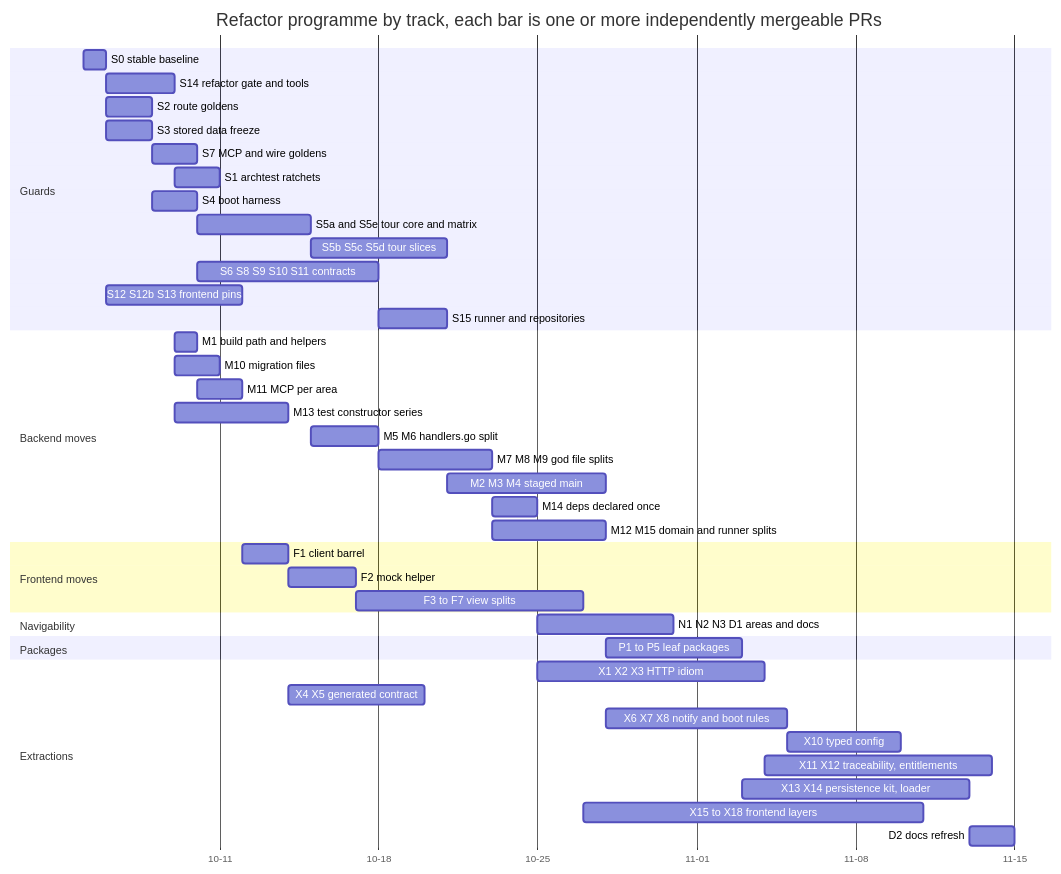
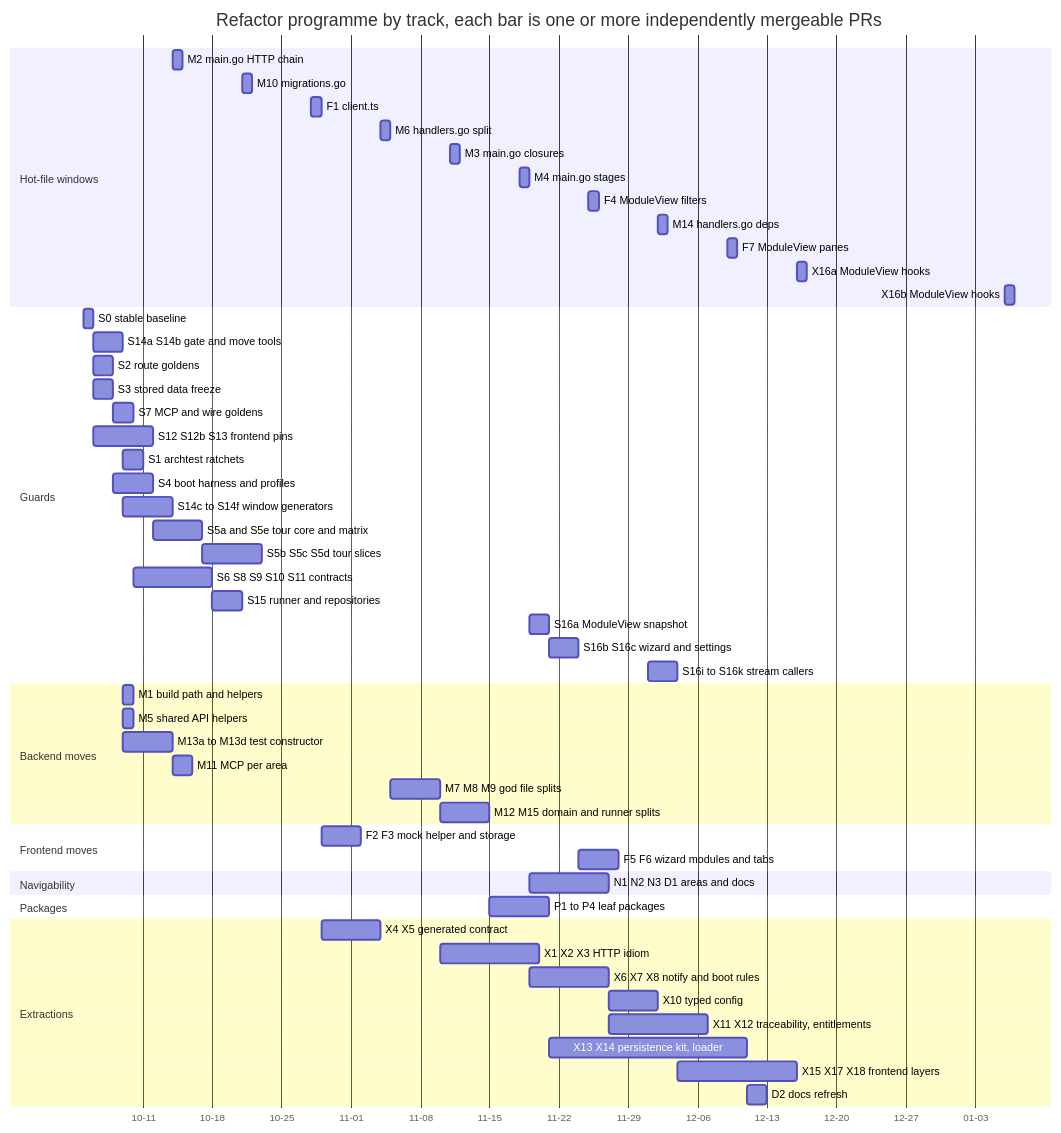
Before and after one commit to desktopmachineshop/OpenV: the sixth of 6 diagrams in docs/plans/codebase-refactor.md, drawn with Mermaid. The commit also changed other lines of this file and 6 other files, not shown here.

````diff
--- a/docs/plans/codebase-refactor.md
+++ b/docs/plans/codebase-refactor.md
@@ -540,46 +585,58 @@
 ```mermaid
 gantt
   title Refactor programme by track, each bar is one or more independently mergeable PRs
   dateFormat YYYY-MM-DD
   axisFormat %m-%d
+  section Hot-file windows
+  M2 main.go HTTP chain              :w1, 2026-10-14, 1d
+  M10 migrations.go                  :w2, 2026-10-21, 1d
+  F1 client.ts                       :w3, 2026-10-28, 1d
+  M6 handlers.go split               :w4, 2026-11-04, 1d
+  M3 main.go closures                :w5, 2026-11-11, 1d
+  M4 main.go stages                  :w6, 2026-11-18, 1d
+  F4 ModuleView filters              :w7, 2026-11-25, 1d
+  M14 handlers.go deps               :w8, 2026-12-02, 1d
+  F7 ModuleView panes                :w9, 2026-12-09, 1d
+  X16a ModuleView hooks              :w10, 2026-12-16, 1d
+  X16b ModuleView hooks              :w11, 2027-01-06, 1d
   section Guards
   S0 stable baseline                 :s0, 2026-10-05, 1d
-  S14 refactor gate and tools        :s14, after s0, 3d
+  S14a S14b gate and move tools      :s14, after s0, 3d
   S2 route goldens                   :s2, after s0, 2d
   S3 stored data freeze              :s3, after s0, 2d
   S7 MCP and wire goldens            :s7, after s3, 2d
+  S12 S12b S13 frontend pins         :s12, after s0, 6d
   S1 archtest ratchets               :s1, after s14, 2d
-  S4 boot harness                    :s4, after s2, 2d
+  S4 boot harness and profiles       :s4, after s2, 4d
+  S14c to S14f window generators     :s14g, after s14, 5d
   S5a and S5e tour core and matrix   :s5a, after s4, 5d
   S5b S5c S5d tour slices            :s5b, after s5a, 6d
   S6 S8 S9 S10 S11 contracts         :s6, after s7, 8d
-  S12 S12b S13 frontend pins         :s12, after s0, 6d
   S15 runner and repositories        :s15, after s6, 3d
+  S16a ModuleView snapshot           :s16a, 2026-11-19, 2d
+  S16b S16c wizard and settings      :s16b, after s16a, 3d
+  S16i to S16k stream callers        :s16i, 2026-12-01, 3d
   section Backend moves
   M1 build path and helpers          :m1, after s14, 1d
-  M10 migration files                :m10, after s14, 2d
-  M11 MCP per area                   :m11, after s7, 2d
-  M13 test constructor series        :m13, after s14, 5d
-  M5 M6 handlers.go split            :m6, after s5a, 3d
-  M7 M8 M9 god file splits           :m7, after m6, 5d
-  M2 M3 M4 staged main               :m4, after s5b, 7d
-  M14 deps declared once             :m14, after m7, 2d
+  M5 shared API helpers              :m5, after s14, 1d
+  M13a to M13d test constructor      :m13, after s14, 5d
+  M11 MCP per area                   :m11, after s14g, 2d
+  M7 M8 M9 god file splits           :m7, 2026-11-05, 5d
   M12 M15 domain and runner splits   :m12, after m7, 5d
   section Frontend moves
-  F1 client barrel                   :f1, after s12, 2d
-  F2 mock helper                     :f2, after f1, 3d
-  F3 to F7 view splits               :f3, after f2, 10d
+  F2 F3 mock helper and storage      :f2, 2026-10-29, 4d
+  F5 F6 wizard modules and tabs      :f5, after s16b, 4d
   section Navigability
-  N1 N2 N3 D1 areas and docs         :n1, after m14, 6d
+  N1 N2 N3 D1 areas and docs         :n1, 2026-11-19, 8d
   section Packages
-  P1 to P5 leaf packages             :p1, after m12, 6d
+  P1 to P4 leaf packages             :p1, after m12, 6d
   section Extractions
-  X1 X2 X3 HTTP idiom                :x1, after m14, 10d
-  X4 X5 generated contract           :x4, after f1, 6d
-  X6 X7 X8 notify and boot rules     :x6, after m4, 8d
+  X4 X5 generated contract           :x4, 2026-10-29, 6d
+  X1 X2 X3 HTTP idiom                :x1, after m7, 10d
+  X6 X7 X8 notify and boot rules     :x6, 2026-11-19, 8d
   X10 typed config                   :x10, after x6, 5d
-  X11 X12 traceability, entitlements :x11, after x1, 10d
-  X13 X14 persistence kit, loader    :x13, after p1, 10d
-  X15 to X18 frontend layers         :x15, after f3, 15d
+  X11 X12 traceability, entitlements :x11, after x6, 10d
+  X13 X14 persistence kit, loader    :x13, after p1, 20d
+  X15 X17 X18 frontend layers        :x15, after s16i, 12d
   D2 docs refresh                    :d2, after x13, 2d
 ```
````
